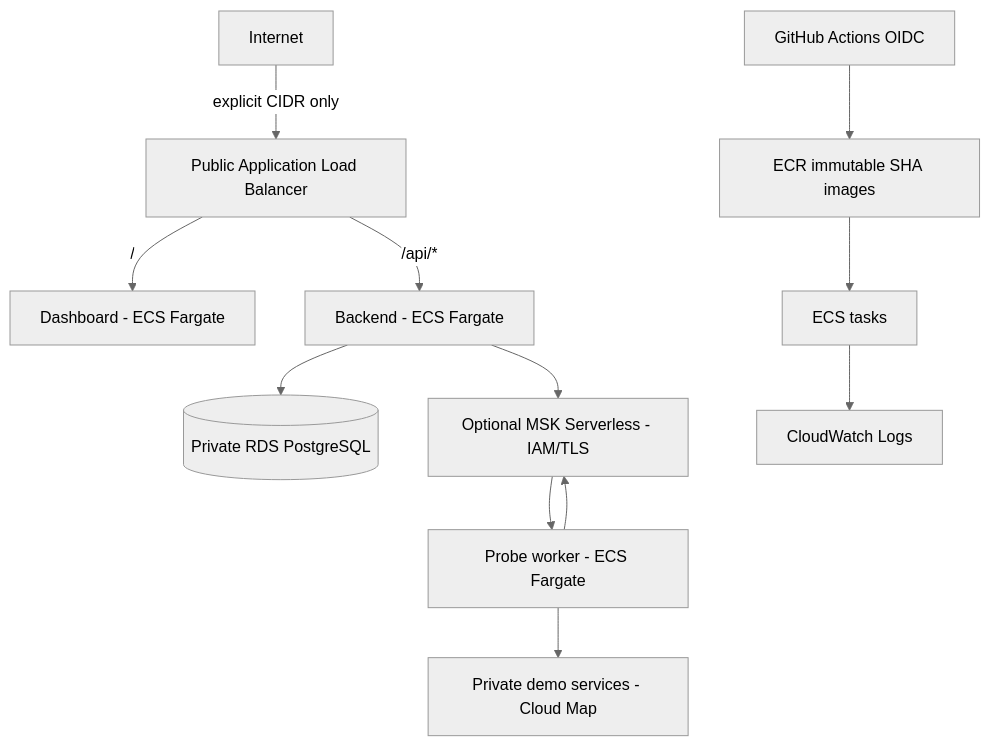
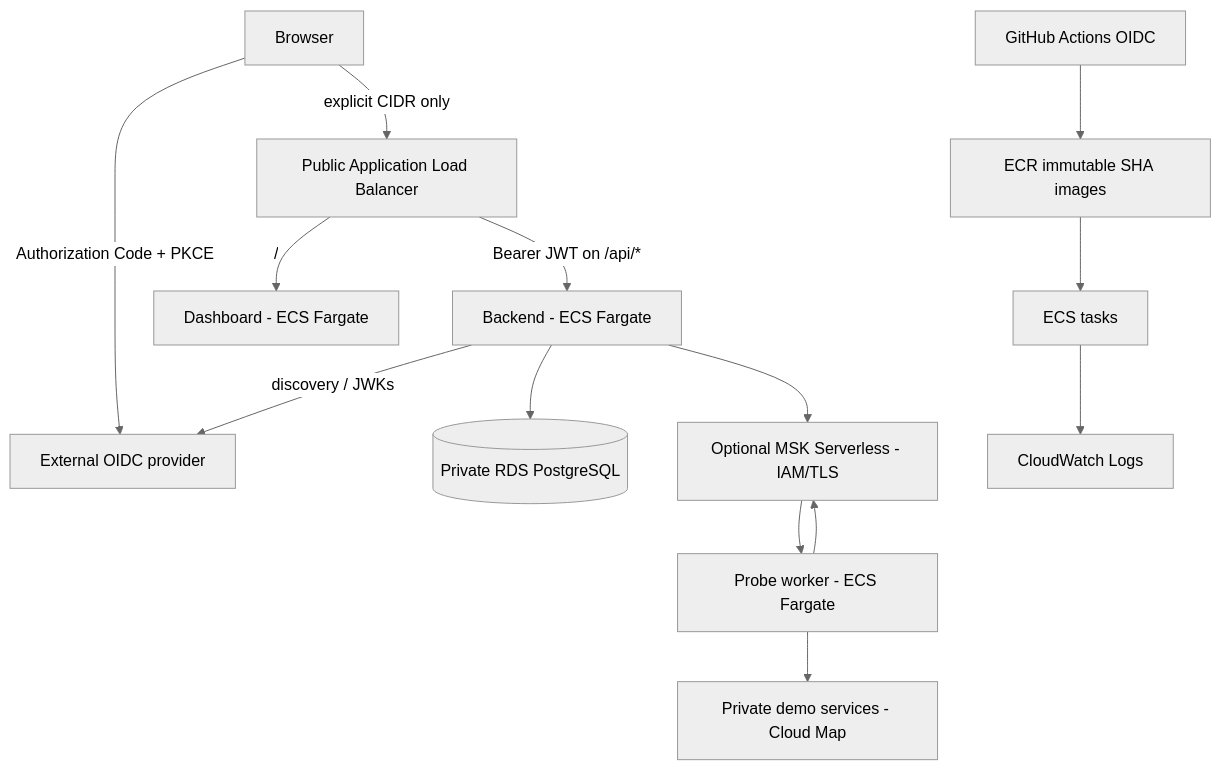
Before and after one commit to doctor277/launchguard: the diagram in docs/aws-deployment.md, drawn with Mermaid (neutral theme). The commit also changed other lines of this file and 6 other files, not shown here.

````diff
--- a/docs/aws-deployment.md
+++ b/docs/aws-deployment.md
@@ -9,14 +9,16 @@
 ```mermaid
 flowchart TB
-    Internet -->|explicit CIDR only| ALB[Public Application Load Balancer]
+    Browser -->|Authorization Code + PKCE| IdP[External OIDC provider]
+    Browser -->|explicit CIDR only| ALB[Public Application Load Balancer]
     ALB -->|/| Dashboard[Dashboard - ECS Fargate]
-    ALB -->|/api/*| Backend[Backend - ECS Fargate]
+    ALB -->|Bearer JWT on /api/*| Backend[Backend - ECS Fargate]
+    Backend -->|discovery / JWKs| IdP
     Backend --> RDS[(Private RDS PostgreSQL)]
     Backend --> MSK[Optional MSK Serverless - IAM/TLS]
     MSK --> Worker[Probe worker - ECS Fargate]
     Worker --> Demos[Private demo services - Cloud Map]
     Worker --> MSK
     Tasks[ECS tasks] --> CW[CloudWatch Logs]
     Actions[GitHub Actions OIDC] --> ECR[ECR immutable SHA images]
     ECR --> Tasks
 ```
````
